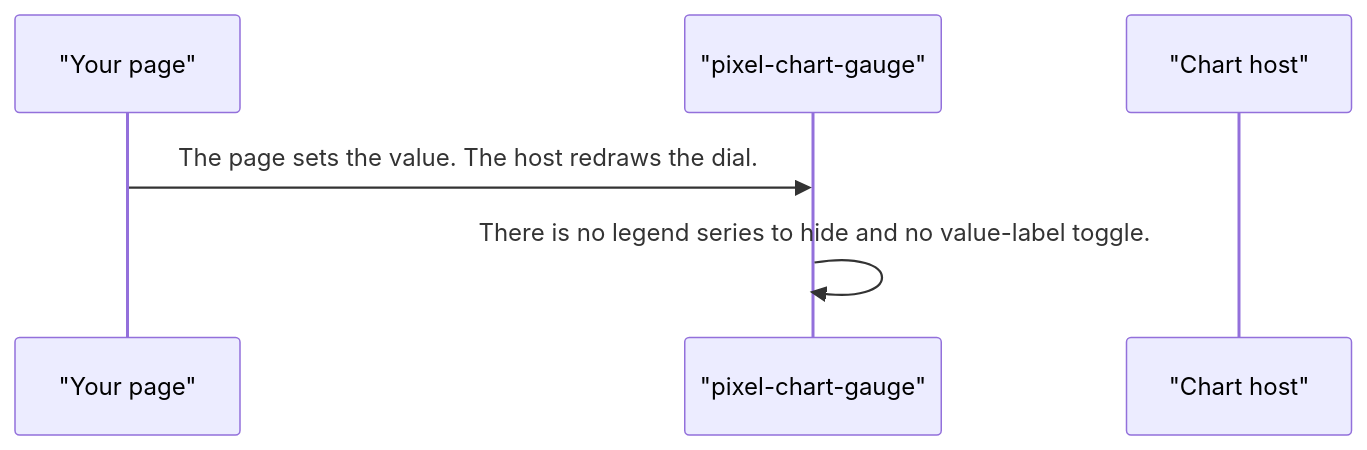
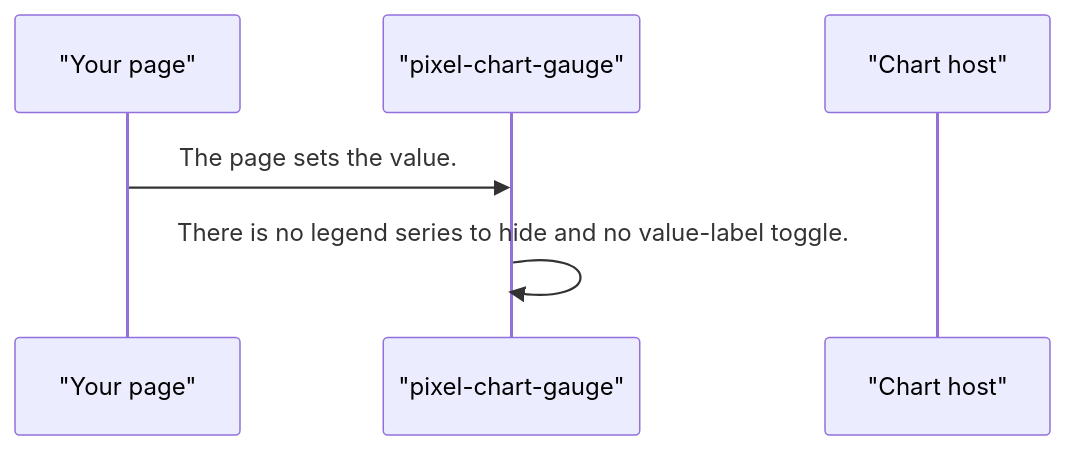
Before and after one commit to RajshekharBorate/pixel-ui: the fifth of 5 diagrams in projects/pixel-ui/src/lib/pixel-chart-gauge/DESIGN.md, drawn with Mermaid. The commit also changed other lines of this file and 80 other files, not shown here.

Commit message:
Fill missing design flows and correct the stories that did not match component behavior.

````diff
--- a/projects/pixel-ui/src/lib/pixel-chart-gauge/DESIGN.md
+++ b/projects/pixel-ui/src/lib/pixel-chart-gauge/DESIGN.md
@@ -90,8 +90,8 @@
 ```mermaid
 sequenceDiagram
   participant page as "Your page"
   participant plot as "pixel-chart-gauge"
   participant host as "Chart host"
-  page->>plot: The page sets the value. The host redraws the dial.
+  page->>plot: The page sets the value.
   plot->>plot: There is no legend series to hide and no value-label toggle.
 ```
````
